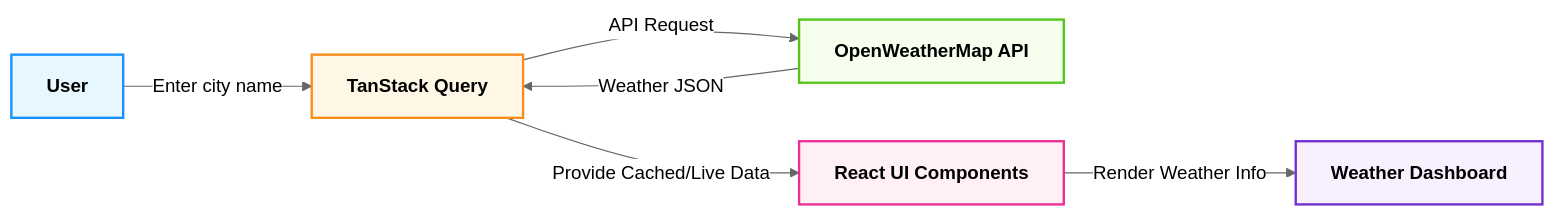
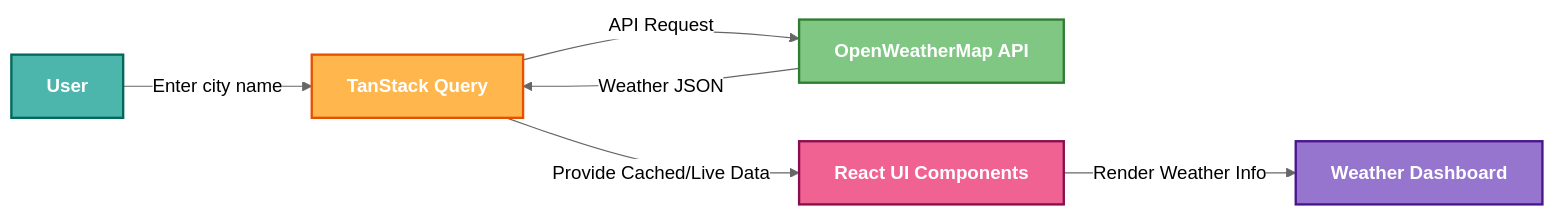
Before and after one commit to tusharAgarwal2511/Climatic: the diagram in README.md, drawn with Mermaid (neutral theme).

Commit message:
new colors in overview section

````diff
--- a/README.md
+++ b/README.md
@@ -59,16 +59,16 @@
 ```mermaid
 flowchart LR
     U[User] -->|Enter city name| T[TanStack Query]
     T -->|API Request| O[OpenWeatherMap API]
     O -->|Weather JSON| T
     T -->|Provide Cached/Live Data| R[React UI Components]
     R -->|Render Weather Info| UI[Weather Dashboard]
 
-    %% Styles
-    style U fill:#E6F7FF,stroke:#1890FF,stroke-width:2px,color:#000,font-weight:bold
-    style T fill:#FFF7E6,stroke:#FA8C16,stroke-width:2px,color:#000,font-weight:bold
-    style O fill:#F6FFED,stroke:#52C41A,stroke-width:2px,color:#000,font-weight:bold
-    style R fill:#FFF0F6,stroke:#EB2F96,stroke-width:2px,color:#000,font-weight:bold
-    style UI fill:#F9F0FF,stroke:#722ED1,stroke-width:2px,color:#000,font-weight:bold
+     %% Styles - stronger colors
+    style U fill:#4DB6AC,stroke:#00695C,stroke-width:2px,color:white,font-weight:bold
+    style T fill:#FFB74D,stroke:#E65100,stroke-width:2px,color:white,font-weight:bold
+    style O fill:#81C784,stroke:#2E7D32,stroke-width:2px,color:white,font-weight:bold
+    style R fill:#F06292,stroke:#880E4F,stroke-width:2px,color:white,font-weight:bold
+    style UI fill:#9575CD,stroke:#4A148C,stroke-width:2px,color:white,font-weight:bold
     
 ```
````
